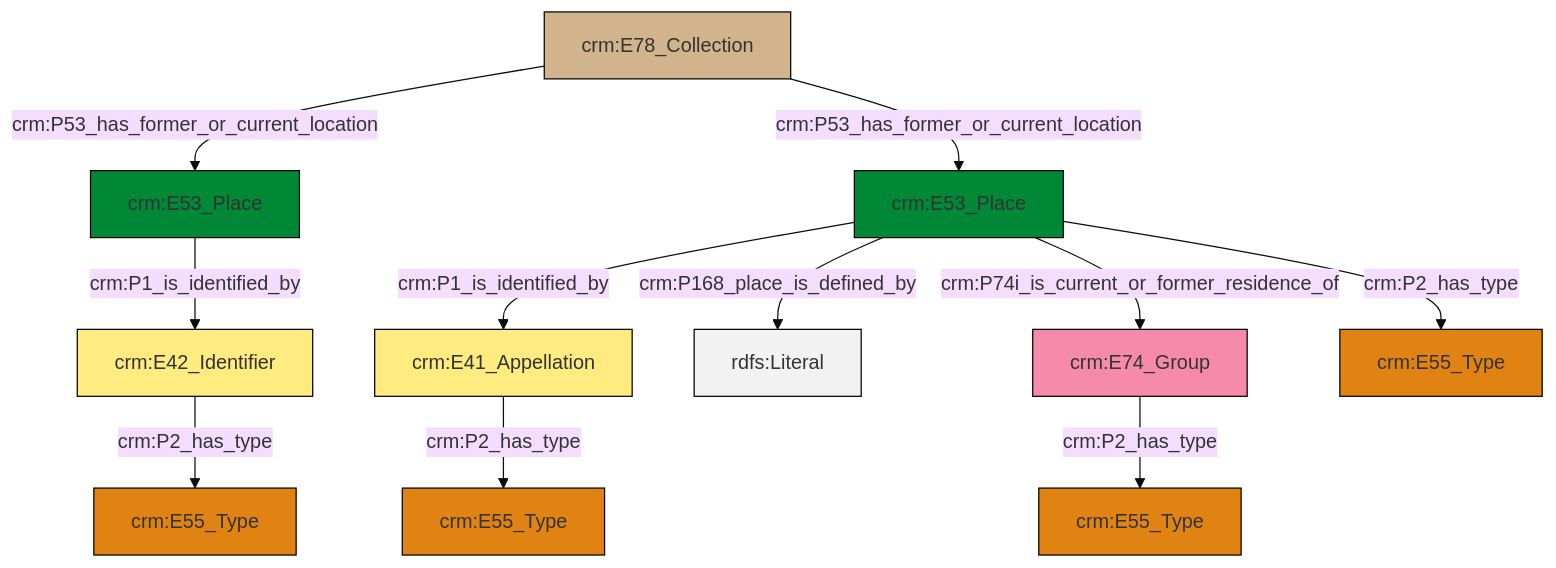
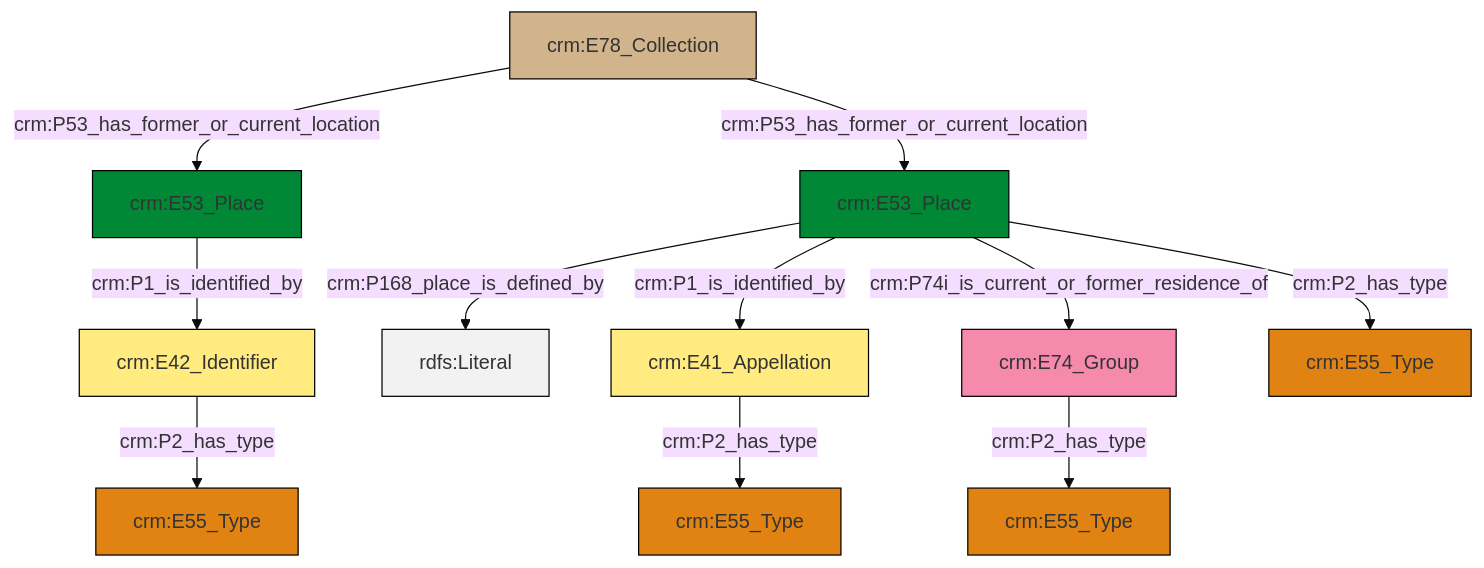
One commit to swiss-art-research-net/docs.swissartresearch changed the diagram in et/archivalCSV/ttl/mmd/archival_location.ttl.mmd. Above: the diagram before and after it, drawn with Mermaid (base theme). The commit also changed 216 other files, not shown here.

```diff
--- a/et/archivalCSV/ttl/mmd/archival_location.ttl.mmd
+++ b/et/archivalCSV/ttl/mmd/archival_location.ttl.mmd
@@ -1,25 +1,25 @@
 graph TD
 classDef Literal fill:#f2f2f2,stroke:#000000;
 classDef CRM_Entity fill:#FFFFFF,stroke:#000000;
 classDef Temporal_Entity fill:#00C9E6, stroke:#000000;
 classDef Type fill:#E18312, stroke:#000000;
 classDef Time-Span fill:#2C9C91, stroke:#000000;
 classDef Appellation fill:#FFEB7F, stroke:#000000;
 classDef Place fill:#008836, stroke:#000000;
 classDef Persistent_Item fill:#B266B2, stroke:#000000;
 classDef Conceptual_Object fill:#FFD700, stroke:#000000;
 classDef Physical_Thing fill:#D2B48C, stroke:#000000;
 classDef Actor fill:#f58aad, stroke:#000000;
 classDef PC_Classes fill:#4ce600, stroke:#000000;
 classDef Multi fill:#cccccc,stroke:#000000;
 
-0["crm:E53_Place"]:::Place -->|crm:P1_is_identified_by| 1["crm:E42_Identifier"]:::Appellation
-2["crm:E78_Collection"]:::Physical_Thing -->|crm:P53_has_former_or_current_location| 0["crm:E53_Place"]:::Place
-5["crm:E53_Place"]:::Place -->|crm:P1_is_identified_by| 6["crm:E41_Appellation"]:::Appellation
-5["crm:E53_Place"]:::Place -->|crm:P168_place_is_defined_by| 11[rdfs:Literal]:::Literal
-5["crm:E53_Place"]:::Place -->|crm:P74i_is_current_or_former_residence_of| 12["crm:E74_Group"]:::Actor
-2["crm:E78_Collection"]:::Physical_Thing -->|crm:P53_has_former_or_current_location| 5["crm:E53_Place"]:::Place
-12["crm:E74_Group"]:::Actor -->|crm:P2_has_type| 9["crm:E55_Type"]:::Type
-6["crm:E41_Appellation"]:::Appellation -->|crm:P2_has_type| 7["crm:E55_Type"]:::Type
-5["crm:E53_Place"]:::Place -->|crm:P2_has_type| 20["crm:E55_Type"]:::Type
-1["crm:E42_Identifier"]:::Appellation -->|crm:P2_has_type| 3["crm:E55_Type"]:::Type
+0["crm:E74_Group"]:::Actor -->|crm:P2_has_type| 1["crm:E55_Type"]:::Type
+4["crm:E53_Place"]:::Place -->|crm:P168_place_is_defined_by| 5[rdfs:Literal]:::Literal
+4["crm:E53_Place"]:::Place -->|crm:P1_is_identified_by| 6["crm:E41_Appellation"]:::Appellation
+8["crm:E42_Identifier"]:::Appellation -->|crm:P2_has_type| 2["crm:E55_Type"]:::Type
+6["crm:E41_Appellation"]:::Appellation -->|crm:P2_has_type| 11["crm:E55_Type"]:::Type
+14["crm:E78_Collection"]:::Physical_Thing -->|crm:P53_has_former_or_current_location| 15["crm:E53_Place"]:::Place
+14["crm:E78_Collection"]:::Physical_Thing -->|crm:P53_has_former_or_current_location| 4["crm:E53_Place"]:::Place
+15["crm:E53_Place"]:::Place -->|crm:P1_is_identified_by| 8["crm:E42_Identifier"]:::Appellation
+4["crm:E53_Place"]:::Place -->|crm:P74i_is_current_or_former_residence_of| 0["crm:E74_Group"]:::Actor
+4["crm:E53_Place"]:::Place -->|crm:P2_has_type| 18["crm:E55_Type"]:::Type
```
